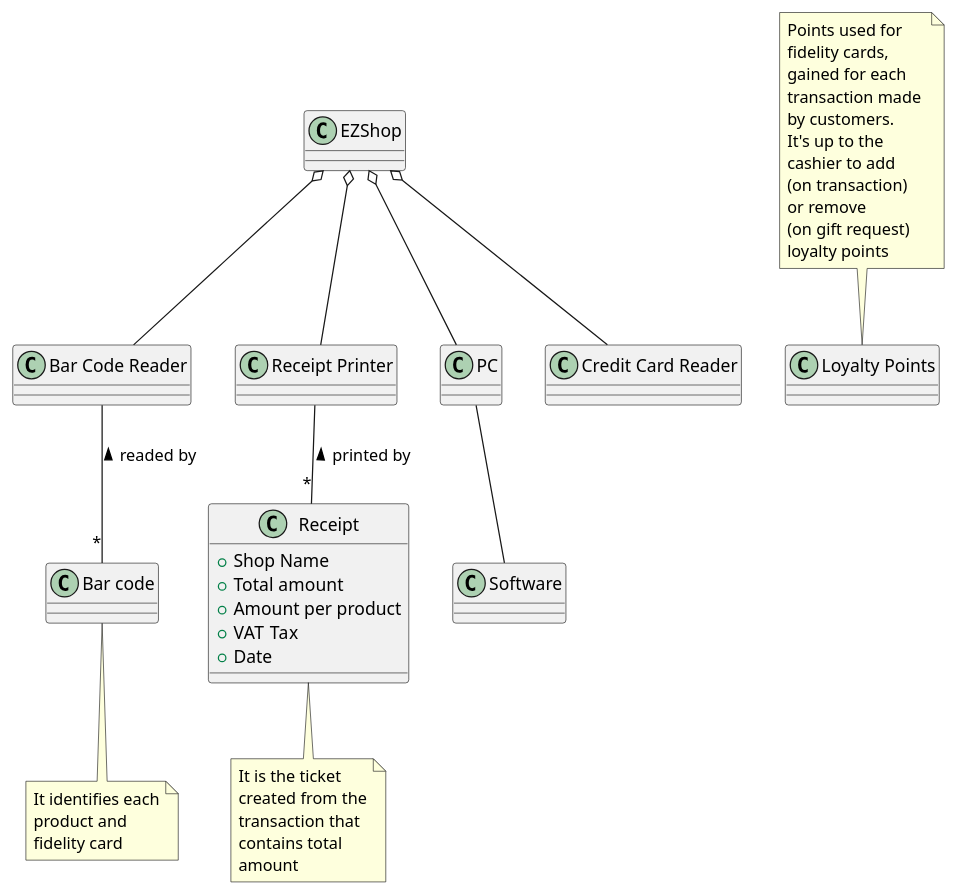
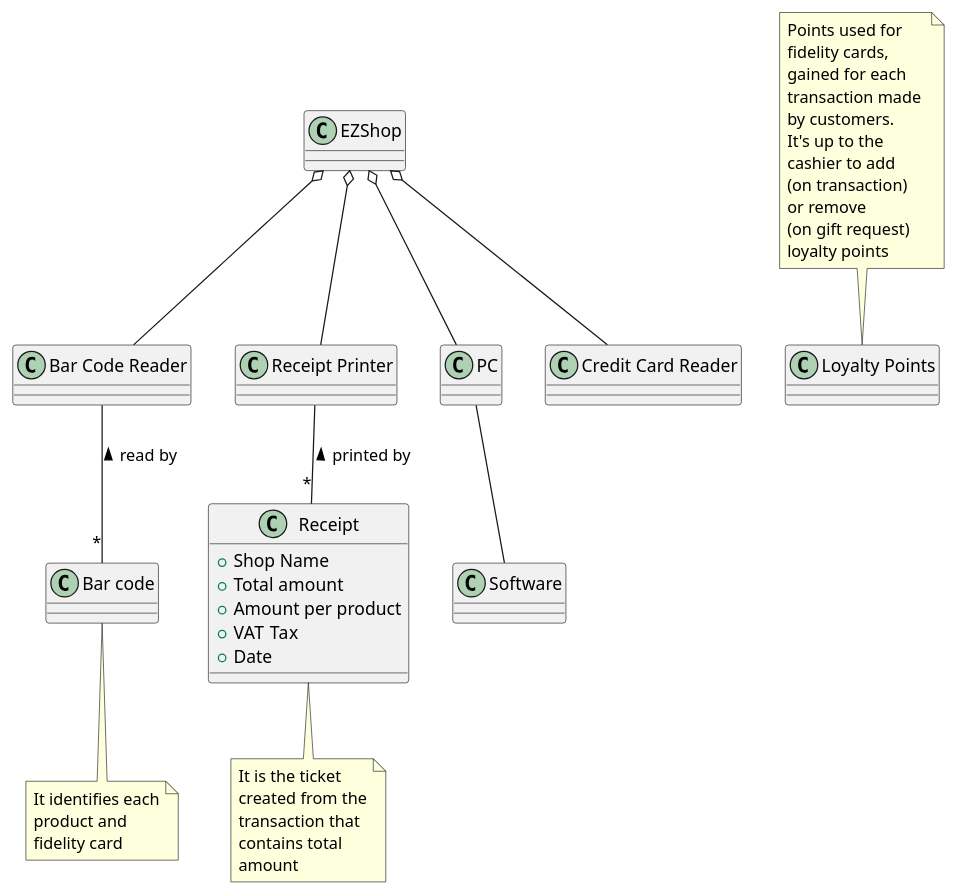
One commit to GrayNeel/SoftEngProject-EZShop changed the third of 4 diagrams in Deliverables/RequirementsDocument.md. Above: the diagram before and after it, drawn with PlantUML. The commit also changed other lines of this file, not shown here.

````diff
--- a/Deliverables/RequirementsDocument.md
+++ b/Deliverables/RequirementsDocument.md
@@ -451,42 +451,42 @@
 ```plantuml
 @startuml
 class PC
 class "Credit Card Reader" as ccr
 class "Bar Code Reader" as bcr
 class "EZShop" as ez
 class "Software" as s
 class "Receipt Printer" as rp
 
 ez o-- PC
 ez o-- ccr
 ez o-- bcr
 ez o-- rp
 s -up- PC
 
 /' Glossary '/
 class "Receipt" as r {
 	+Shop Name
 	+Total amount
 	+Amount per product
 	+VAT Tax
 	+Date
 }
 class "Loyalty Points" as lp
 class "Bar code" as bc
 
 r "*" -up- rp : printed by >
-bc "*" -up- bcr : readed by >
+bc "*" -up- bcr : read by >
 
 note "It is the ticket\ncreated from the\ntransaction that \ncontains total\namount" as N1
 note "It identifies each\nproduct and \nfidelity card" as N2
 
 N1 -up- r
 N2 -up- bc
 
 note "Points used for \nfidelity cards, \ngained for each \ntransaction made \nby customers. \nIt's up to the\ncashier to add \n(on transaction) \nor remove \n(on gift request) \nloyalty points" as N3
 
 /'Check if lp go with EZShop'/
 N3 -- lp
 
 @enduml
 ```
````
